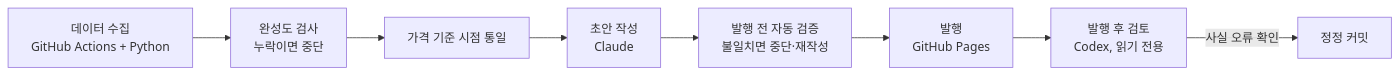
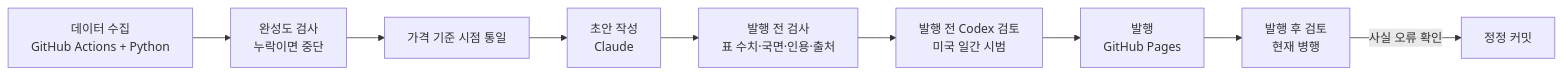
Before and after one commit to fdo2a/fdo2a.github.io: the diagram in README.md, drawn with Mermaid. The commit also changed other lines of this file, not shown here.

````diff
--- a/README.md
+++ b/README.md
@@ -26,10 +26,11 @@
 ```mermaid
 flowchart LR
     A["데이터 수집<br/>GitHub Actions + Python"] --> B["완성도 검사<br/>누락이면 중단"]
     B --> C["가격 기준 시점 통일"]
     C --> D["초안 작성<br/>Claude"]
-    D --> E["발행 전 자동 검증<br/>불일치면 중단·재작성"]
-    E --> F["발행<br/>GitHub Pages"]
-    F --> G["발행 후 검토<br/>Codex, 읽기 전용"]
+    D --> E["발행 전 검사<br/>표 수치·국면·인용·출처"]
+    E --> I["발행 전 Codex 검토<br/>미국 일간 시범"]
+    I --> F["발행<br/>GitHub Pages"]
+    F --> G["발행 후 검토<br/>현재 병행"]
     G -->|사실 오류 확인| H["정정 커밋"]
 ```
````
